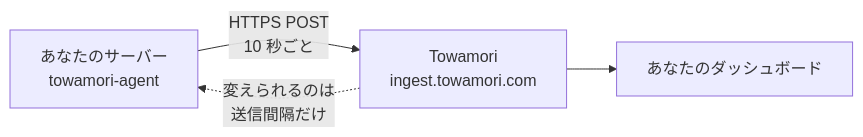
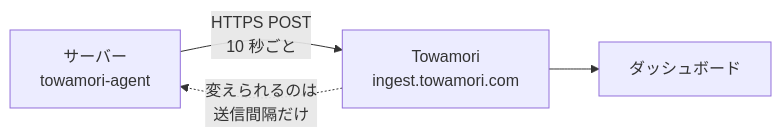
The diagram in README.ja.md (A1oneSKy/towamori), drawn with Mermaid before and after one commit.

Commit message:
docs(Towamori Agent): 日文流程图节点改短，避免长音符号单独换行

````diff
--- a/README.ja.md
+++ b/README.ja.md
@@ -53,6 +53,6 @@
 ```mermaid
 flowchart LR
-  A["あなたのサーバー<br/>towamori-agent"] -->|"HTTPS POST<br/>10 秒ごと"| B["Towamori<br/>ingest.towamori.com"]
+  A["サーバー<br/>towamori-agent"] -->|"HTTPS POST<br/>10 秒ごと"| B["Towamori<br/>ingest.towamori.com"]
   B -.->|"変えられるのは<br/>送信間隔だけ"| A
-  B --> C["あなたのダッシュボード"]
+  B --> C["ダッシュボード"]
 ```
````
